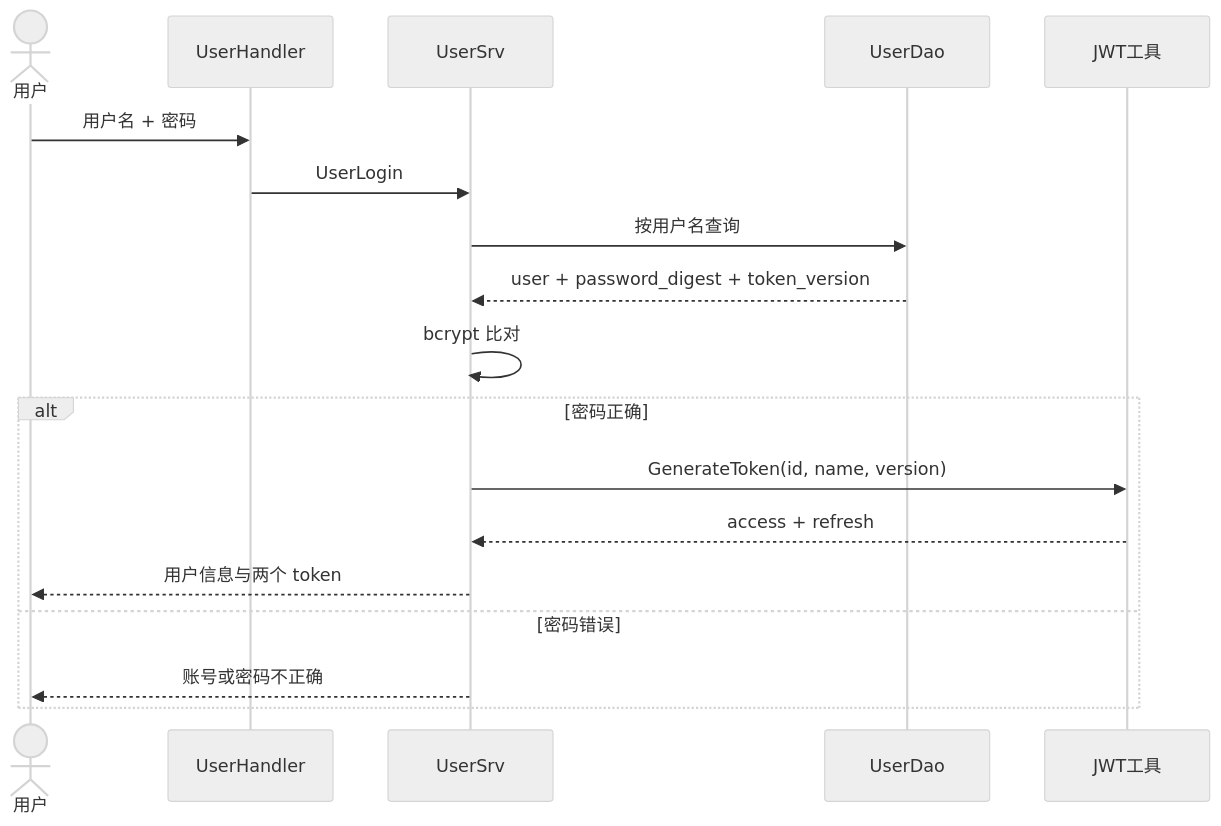
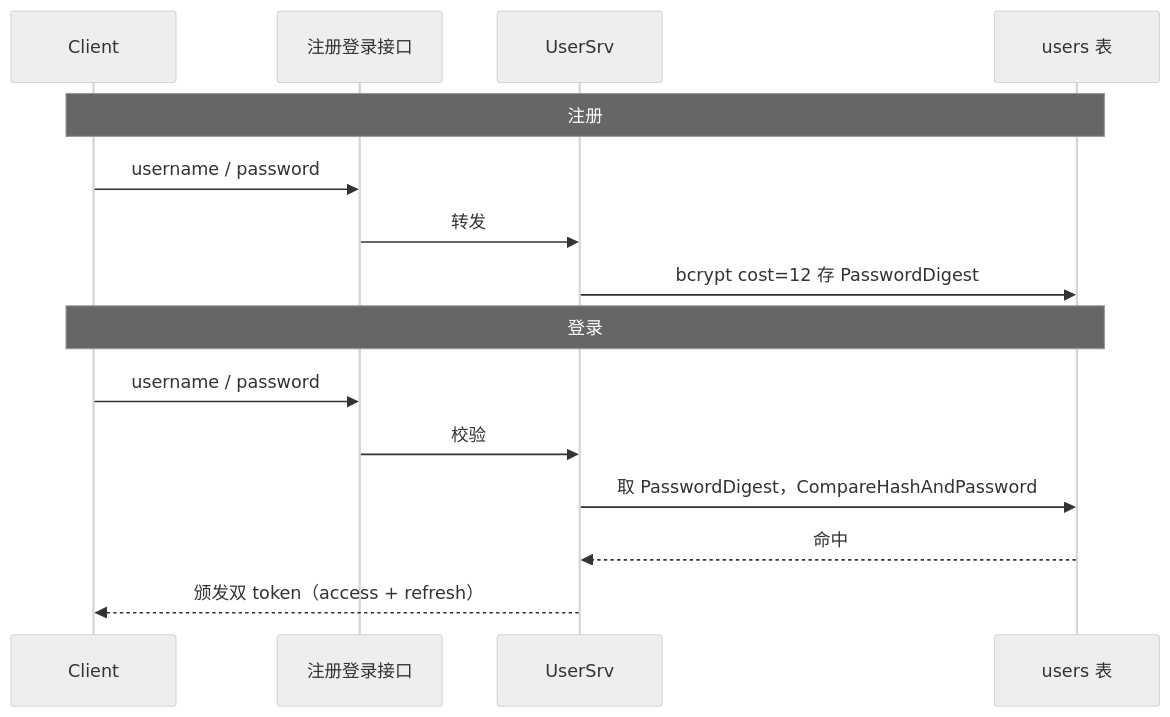
Before and after one commit to RedInn7/gomall: the second of 6 diagrams in docs/lecture/01-user-auth.md, drawn with Mermaid (neutral theme). The commit also changed other lines of this file, not shown here.

Commit message:
docs: restore detailed user auth lecture

````diff
--- a/docs/lecture/01-user-auth.md
+++ b/docs/lecture/01-user-auth.md
@@ -81,20 +306,19 @@
 ```mermaid
 sequenceDiagram
-    actor U as 用户
-    participant H as UserHandler
+    participant C as Client
+    participant API as 注册登录接口
     participant S as UserSrv
-    participant D as UserDao
-    participant J as JWT工具
-    U->>H: 用户名 + 密码
-    H->>S: UserLogin
-    S->>D: 按用户名查询
-    D-->>S: user + password_digest + token_version
-    S->>S: bcrypt 比对
-    alt 密码正确
-        S->>J: GenerateToken(id, name, version)
-        J-->>S: access + refresh
-        S-->>U: 用户信息与两个 token
-    else 密码错误
-        S-->>U: 账号或密码不正确
-    end
+    participant DB as users 表
+
+    Note over C,DB: 注册
+    C->>API: username / password
+    API->>S: 转发
+    S->>DB: bcrypt cost=12 存 PasswordDigest
+
+    Note over C,DB: 登录
+    C->>API: username / password
+    API->>S: 校验
+    S->>DB: 取 PasswordDigest，CompareHashAndPassword
+    DB-->>S: 命中
+    S-->>C: 颁发双 token（access + refresh）
 ```
````
